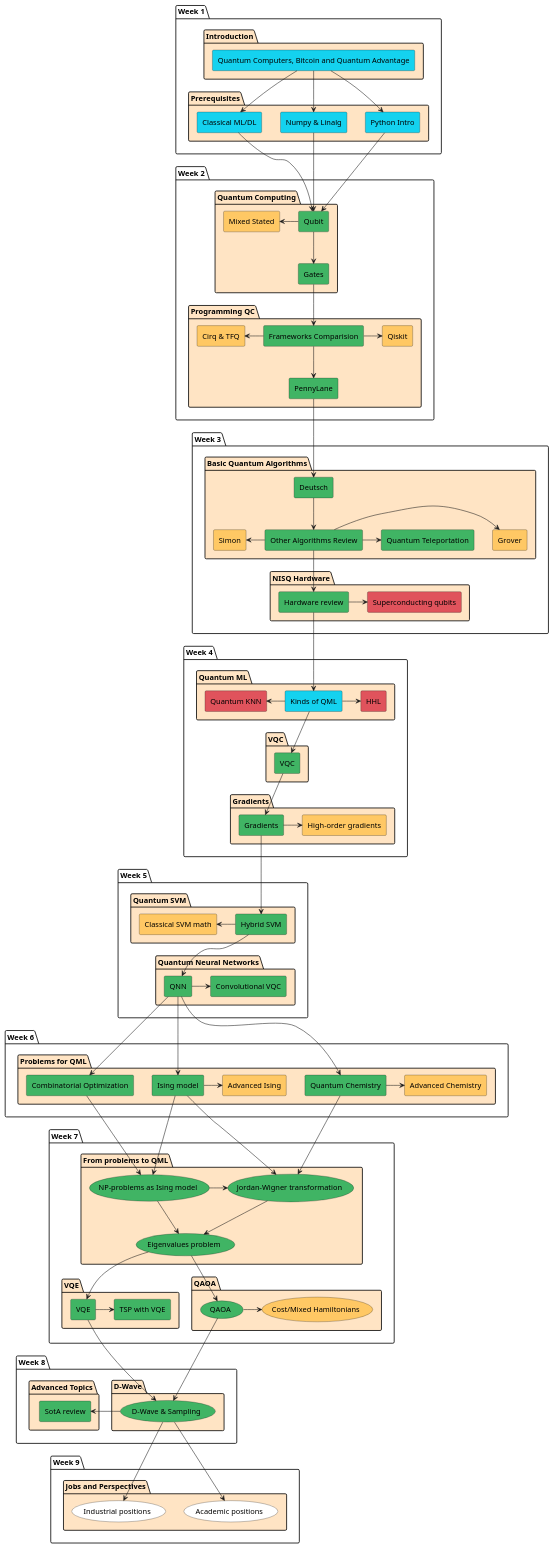
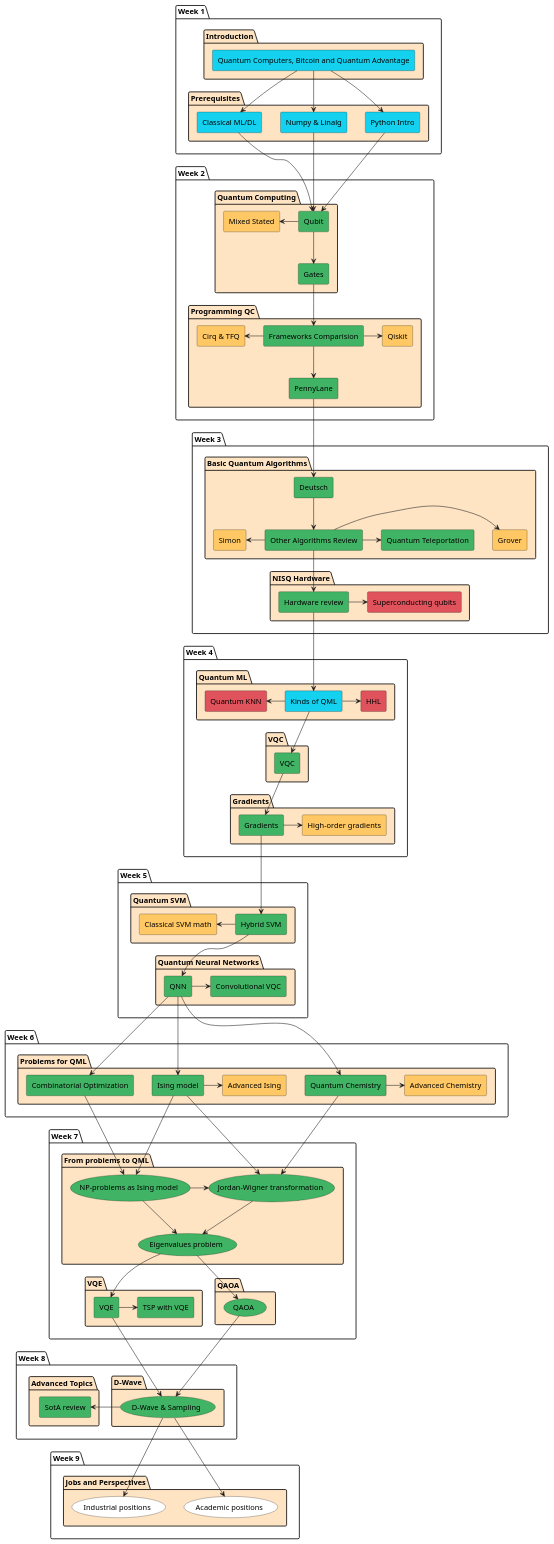
Before and after one commit to quantum-ods/qmlcourse: the diagram in qmlcourseRU/_static/index/program.plantuml, drawn with PlantUML. The commit also changed 1 other file, not shown here.

Commit message:
remove `cost/mixed hamiltonians` from program

```diff
--- a/qmlcourseRU/_static/index/program.plantuml
+++ b/qmlcourseRU/_static/index/program.plantuml
@@ -1,192 +1,189 @@
 @startuml
 package "Week 1" {
         package "Introduction" #Bisque {
                 rectangle "Quantum Computers, Bitcoin and Quantum Advantage" as intro1 #14D2EF
         }
 
         package "Prerequisites" #Bisque {
                 rectangle "Python Intro" as python #14D2EF
                 rectangle "Numpy & Linalg" as numpy #14D2EF
                 rectangle "Classical ML/DL" as ml #14D2EF
         }
 }
 
 package "Week 2" {
         package "Quantum Computing" as qci #Bisque {
                 rectangle "Qubit" as qubit #40B464
                 rectangle "Gates" as gates #40B464
                 rectangle "Mixed Stated" as mixed #FFC864
         }
 
         package "Programming QC" #Bisque {
                 rectangle "Frameworks Comparision" as progcomparision #40B464
                 rectangle "PennyLane" as pennylane #40B464
                 rectangle "Qiskit" as qiskit #FFC864
                 rectangle "Cirq & TFQ" as cirq #FFC864
         }
 }
 
 package "Week 3" {
         package "Basic Quantum Algorithms" as qalgo #Bisque {
                 rectangle "Deutsch" as deutsch #40B464
                 rectangle "Other Algorithms Review" as advanced_algos #40B464
                 rectangle "Grover" as grover #FFC864
                 rectangle "Quantum Teleportation" as qtp #40B464
                 rectangle "Simon" as saimon #FFC864
         }
 
         package "NISQ Hardware" #Bisque {
                 rectangle "Hardware review" as review #40B464
                 rectangle "Superconducting qubits" as schard #E0535C
         }
 }
 
 package "Week 4" {
         package "Quantum ML" #Bisque {
                 rectangle "Kinds of QML" as qml_general #14D2EF
                 rectangle "HHL" as hhl #E0535C
                 rectangle "Quantum KNN" as qknn #E0535C
         }
 
         package "VQC" #Bisque {
                 rectangle "VQC" as vqc #40B464
         }
 
         package "Gradients" #Bisque {
                 rectangle "Gradients" as grad #40B464
                 rectangle "High-order gradients" as hograd #FFC864
         }
 }
 
 package "Week 5" {
         package "Quantum SVM" #Bisque {
                 rectangle "Hybrid SVM" as hsvm #40B464
                 rectangle "Classical SVM math" as csvm #FFC864
         }
 
         package "Quantum Neural Networks" #Bisque {
                 rectangle "QNN" as qnn #40B464
                 ' rectangle "Barren plateaus" as barren #FFC864
                 rectangle "Convolutional VQC" as convvqc #40B464
         }
 }
 
 package "Week 6" {
         package "Problems for QML" #Bisque {
                 rectangle "Ising model" as ising #40B464
                 rectangle "Advanced Ising" as aising #FFC864
                 rectangle "Combinatorial Optimization" as copt #40B464
                 rectangle "Quantum Chemistry" as qchem #40B464
                 rectangle "Advanced Chemistry" as aqchem #FFC864
         }
 }
 
 package "Week 7" {
           package "From problems to QML" #Bisque {
                 usecase "NP-problems as Ising model" as npising #40B464
                 usecase "Jordan-Wigner transformation" as jordan #40B464
                 usecase "Eigenvalues problem" as eigenvals #40B464
         }
 
         package "VQE" #Bisque {
                 rectangle "VQE" as vqe #40B464
                 rectangle "TSP with VQE" as tspvqe #40B464
         }
 
         package "QAOA" #Bisque {
                 usecase "QAOA" as qaoa #40B464
-                usecase "Cost/Mixed Hamiltonians" as hams #FFC864
         }
 }
 
 package "Week 8" {
         package "D-Wave" #Bisque {
                 usecase "D-Wave & Sampling" as dwave #40B464
         }
 
         package "Advanced Topics" as adv #Bisque {
                 rectangle "SotA review" as sota #40B464
         }
 }
 
 package "Week 9" {
         package "Jobs and Perspectives" as jobs #Bisque {
                 usecase "Academic positions" as academic #White
                 usecase "Industrial positions" as industrial #White
         }
 }
 
 
 intro1 --> python
 intro1 --> numpy
 intro1 --> ml
 
 python --> qubit
 numpy --> qubit
 ml --> qubit
 
 qubit --> gates
 mixed <- qubit
 
 gates --> progcomparision
 progcomparision --> pennylane
 cirq <- progcomparision
 progcomparision -> qiskit
 
 pennylane --> deutsch
 
 deutsch --> advanced_algos
 advanced_algos -> grover
 advanced_algos -> qtp
 saimon <- advanced_algos
 
 advanced_algos --> review
 review -> schard
 
 review --> qml_general
 
 qml_general -> hhl
 qknn <- qml_general
 
 qml_general --> vqc
 
 vqc --> grad
 grad -> hograd
 
 grad --> hsvm
 ' barren <- qnn
 qnn -> convvqc
 
 hsvm --> qnn
 csvm <- hsvm
 
 qnn --> copt
 qnn --> ising
 qnn --> qchem
 qchem -> aqchem
 qchem --> jordan
 ising -> aising
 ising --> npising
 ising --> jordan
 npising -> jordan
 copt --> npising
 
 npising --> eigenvals
 jordan --> eigenvals
 
 eigenvals --> vqe
 eigenvals --> qaoa
 
 vqe -> tspvqe
 
-qaoa -> hams
-
 qaoa --> dwave
 vqe --> dwave
 
 dwave -> sota
 
 dwave --> academic
 dwave --> industrial
 
 @enduml
```
